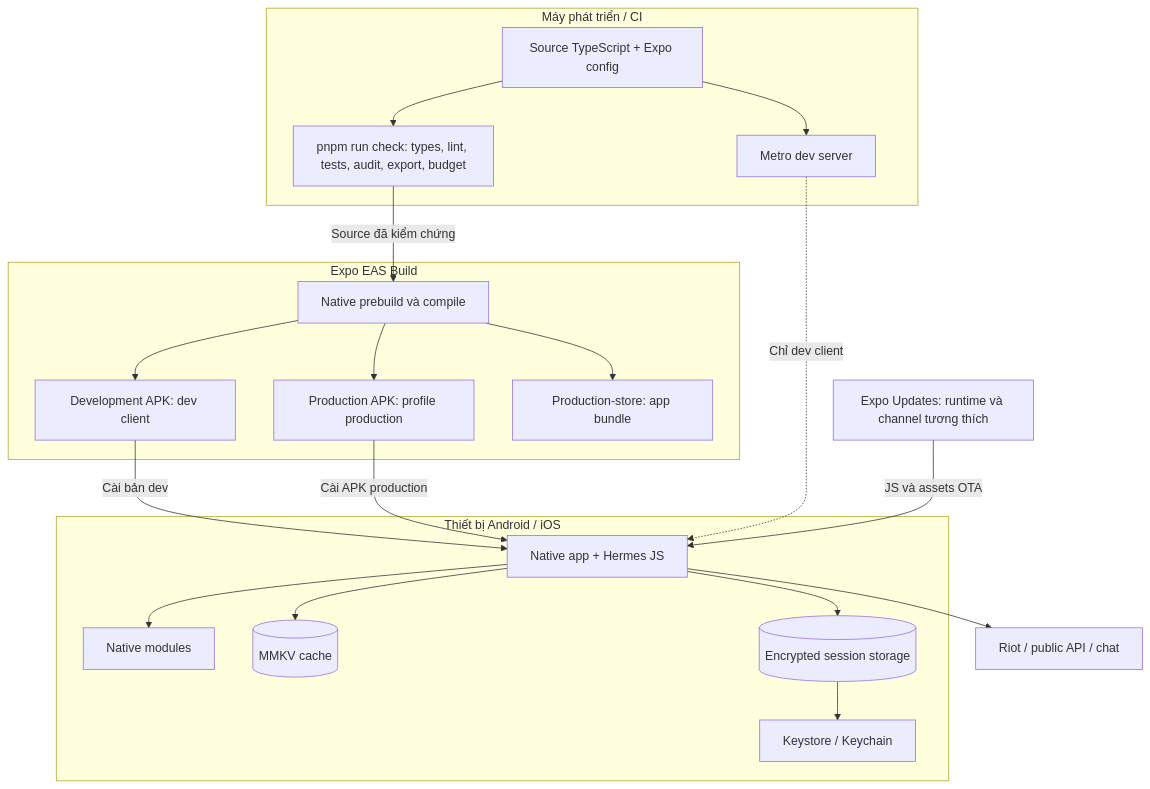
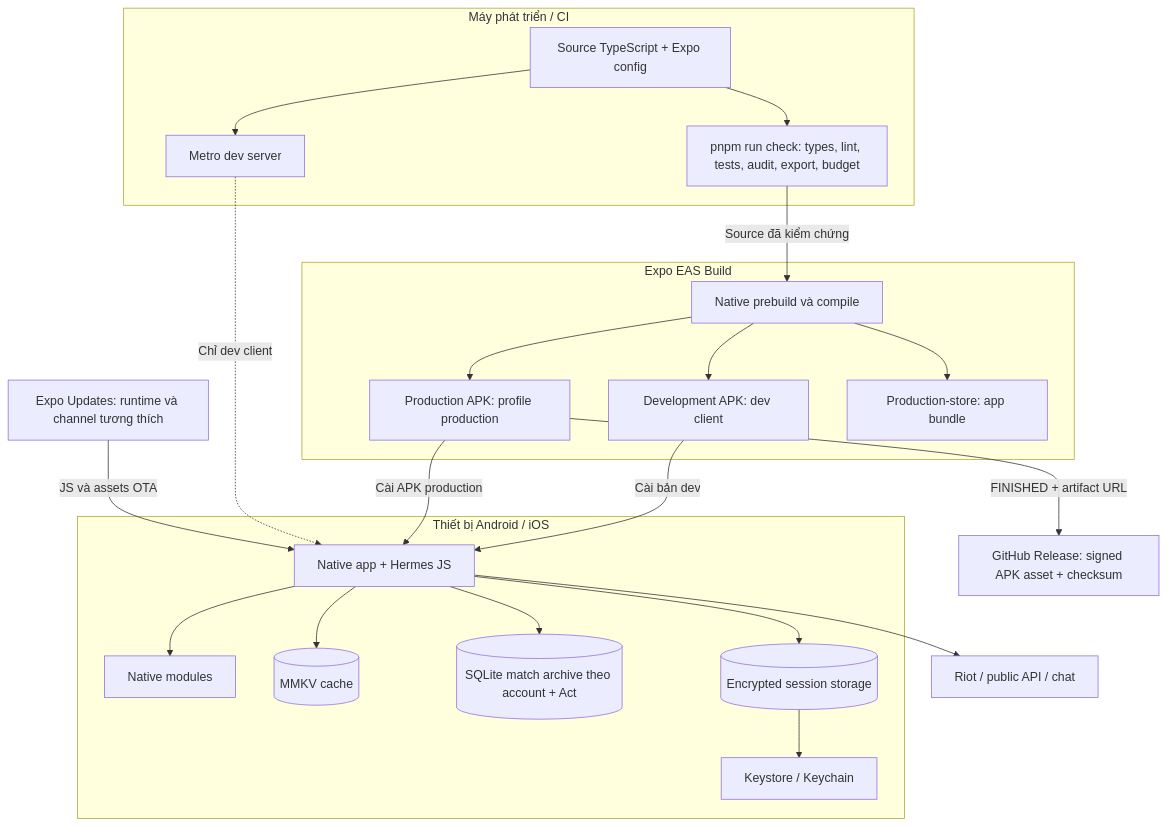
The diagram in markdown/13-deployment.md (GinzaTech/Vshop), drawn with Mermaid before and after one commit. The commit also changed other lines of this file and 56 other files, not shown here.

````diff
--- a/markdown/13-deployment.md
+++ b/markdown/13-deployment.md
@@ -6,36 +6,40 @@
 ```mermaid
 flowchart TB
     subgraph Development[Máy phát triển / CI]
         Src[Source TypeScript + Expo config]
         Check[pnpm run check: types, lint, tests, audit, export, budget]
         Metro[Metro dev server]
         Src --> Check
         Src --> Metro
     end
     subgraph Build[Expo EAS Build]
         Native[Native prebuild và compile]
         Dev[Development APK: dev client]
         Prod[Production APK: profile production]
         AAB[Production-store: app bundle]
         Native --> Dev
         Native --> Prod
         Native --> AAB
     end
+    Release[GitHub Release: signed APK asset + checksum]
     Check -->|Source đã kiểm chứng| Native
     subgraph Runtime[Thiết bị Android / iOS]
         App[Native app + Hermes JS]
         Modules[Native modules]
         Cache[(MMKV cache)]
+        Archive[(SQLite match archive theo account + Act)]
         Secure[(Encrypted session storage)]
         Keys[Keystore / Keychain]
         App --> Modules
         App --> Cache
+        App --> Archive
         App --> Secure
         Secure --> Keys
     end
     Dev -->|Cài bản dev| App
     Prod -->|Cài APK production| App
+    Prod -->|FINISHED + artifact URL| Release
     Metro -. Chỉ dev client .-> App
     App --> Riot[Riot / public API / chat]
     Updates[Expo Updates: runtime và channel tương thích] -->|JS và assets OTA| App
 ```
````
